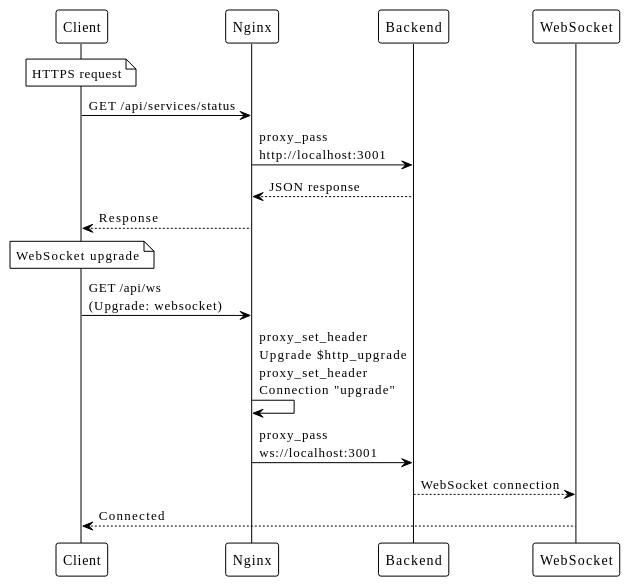
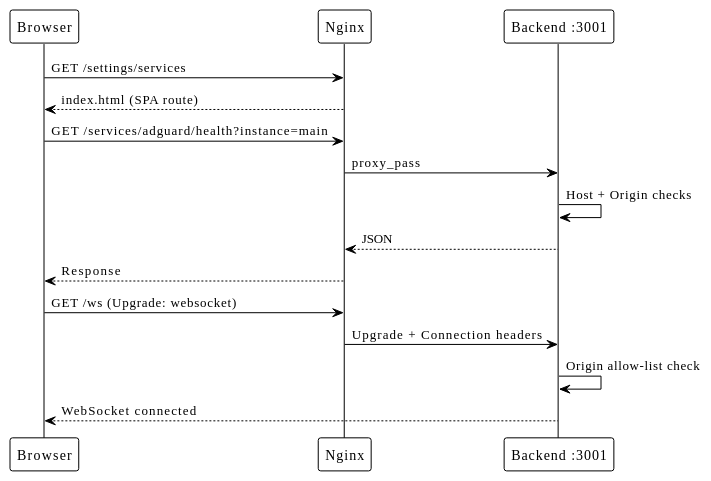
Before and after one commit to EraPartner/Watchman: the third of 3 diagrams in docs/guides/deployment.md, drawn with PlantUML. The commit also changed other lines of this file and 32 other files, not shown here.

````diff
--- a/docs/guides/deployment.md
+++ b/docs/guides/deployment.md
@@ -257,34 +297,23 @@
 ```plantuml
 @startuml
 !theme plain
 
-participant "Client" as Client
+participant "Browser" as Client
 participant "Nginx" as Nginx
-participant "Backend" as Backend
-participant "WebSocket" as WS
+participant "Backend :3001" as Backend
 
-note over Client
-  HTTPS request
-end note
+Client -> Nginx : GET /settings/services
+Nginx --> Client : index.html (SPA route)
 
-Client -> Nginx : GET /api/services/status
-
-Nginx -> Backend : proxy_pass\nhttp://localhost:3001
-
-Backend --> Nginx : JSON response
+Client -> Nginx : GET /services/adguard/health?instance=main
+Nginx -> Backend : proxy_pass
+Backend -> Backend : Host + Origin checks
+Backend --> Nginx : JSON
 Nginx --> Client : Response
 
-note over Client
-  WebSocket upgrade
-end note
-
-Client -> Nginx : GET /api/ws\n(Upgrade: websocket)
-
-Nginx -> Nginx : proxy_set_header\nUpgrade $http_upgrade\nproxy_set_header\nConnection "upgrade"
-
-Nginx -> Backend : proxy_pass\nws://localhost:3001
-
-Backend --> WS : WebSocket connection
-WS --> Client : Connected
+Client -> Nginx : GET /ws (Upgrade: websocket)
+Nginx -> Backend : Upgrade + Connection headers
+Backend -> Backend : Origin allow-list check
+Backend --> Client : WebSocket connected
 @enduml
 ```
````
